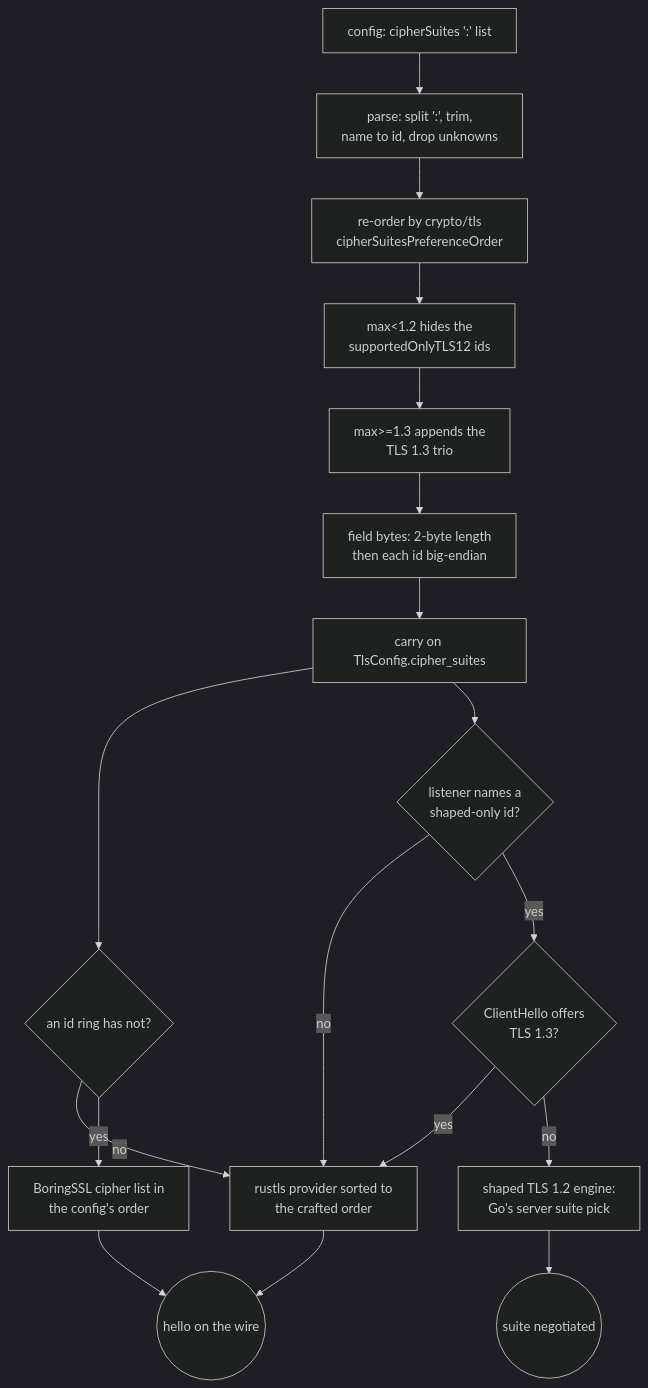
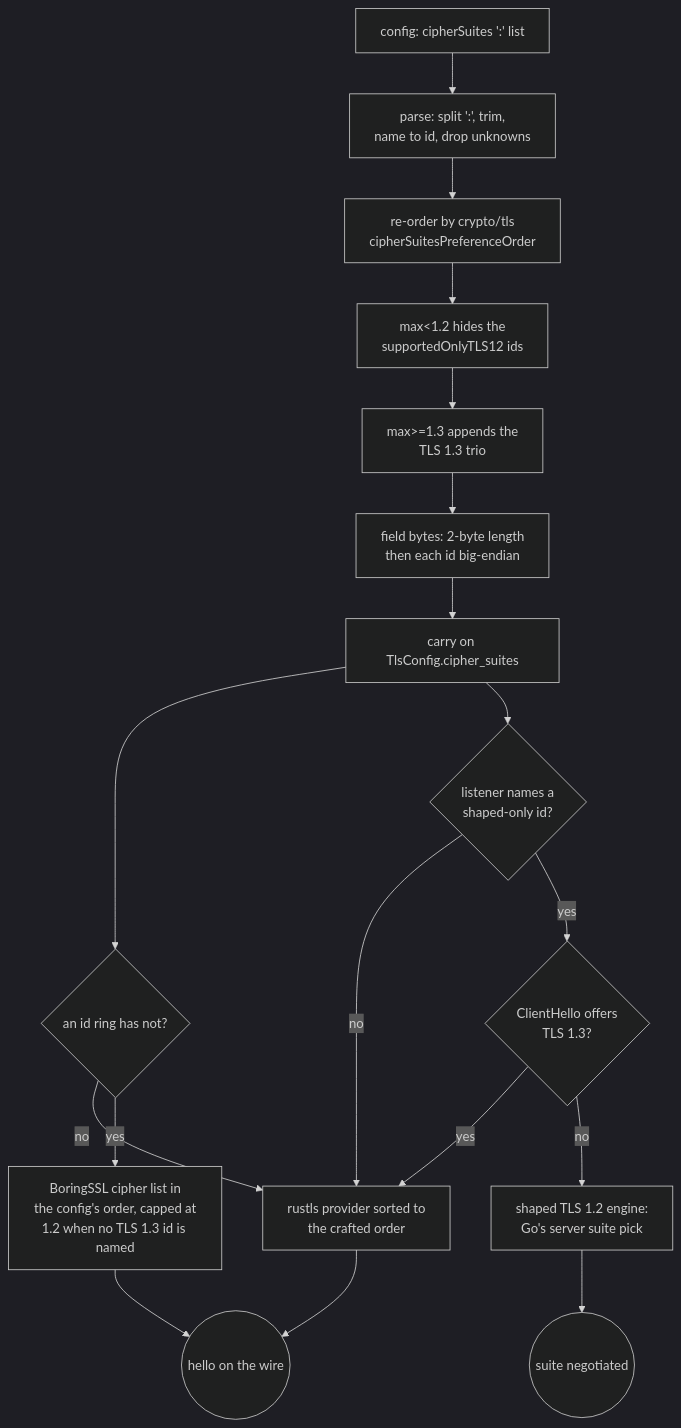
The diagram in docs/function/tls-cipher-suites.md (Ferrocite/ferrox), drawn with Mermaid (dark theme) before and after one commit. The commit also changed other lines of this file and 6 other files, not shown here.

Commit message:
tls: make a TLS 1.2-only cipher list the exact legacy field

````diff
--- a/docs/function/tls-cipher-suites.md
+++ b/docs/function/tls-cipher-suites.md
@@ -9,20 +9,20 @@
 ```mermaid
 graph TD
     C["config: cipherSuites ':' list"] --> P["parse: split ':', trim,<br/>name to id, drop unknowns"]
     P --> R["re-order by crypto/tls<br/>cipherSuitesPreferenceOrder"]
     R --> V["max<1.2 hides the<br/>supportedOnlyTLS12 ids"]
     V --> T["max>=1.3 appends the<br/>TLS 1.3 trio"]
     T --> F["field bytes: 2-byte length<br/>then each id big-endian"]
     F --> E["carry on TlsConfig.cipher_suites"]
     E --> S{"an id ring has not?"}
     S -->|no| B["rustls provider sorted to<br/>the crafted order"]
-    S -->|yes| L["BoringSSL cipher list in<br/>the config's order"]
+    S -->|yes| L["BoringSSL cipher list in<br/>the config's order, capped at<br/>1.2 when no TLS 1.3 id is named"]
     E --> X{"listener names a<br/>shaped-only id?"}
     X -->|no| B
     X -->|yes| Y{"ClientHello offers<br/>TLS 1.3?"}
     Y -->|yes| B
     Y -->|no| H["shaped TLS 1.2 engine:<br/>Go's server suite pick"]
     B --> W(("hello on the wire"))
     L --> W
     H --> N(("suite negotiated"))
 ```
````
